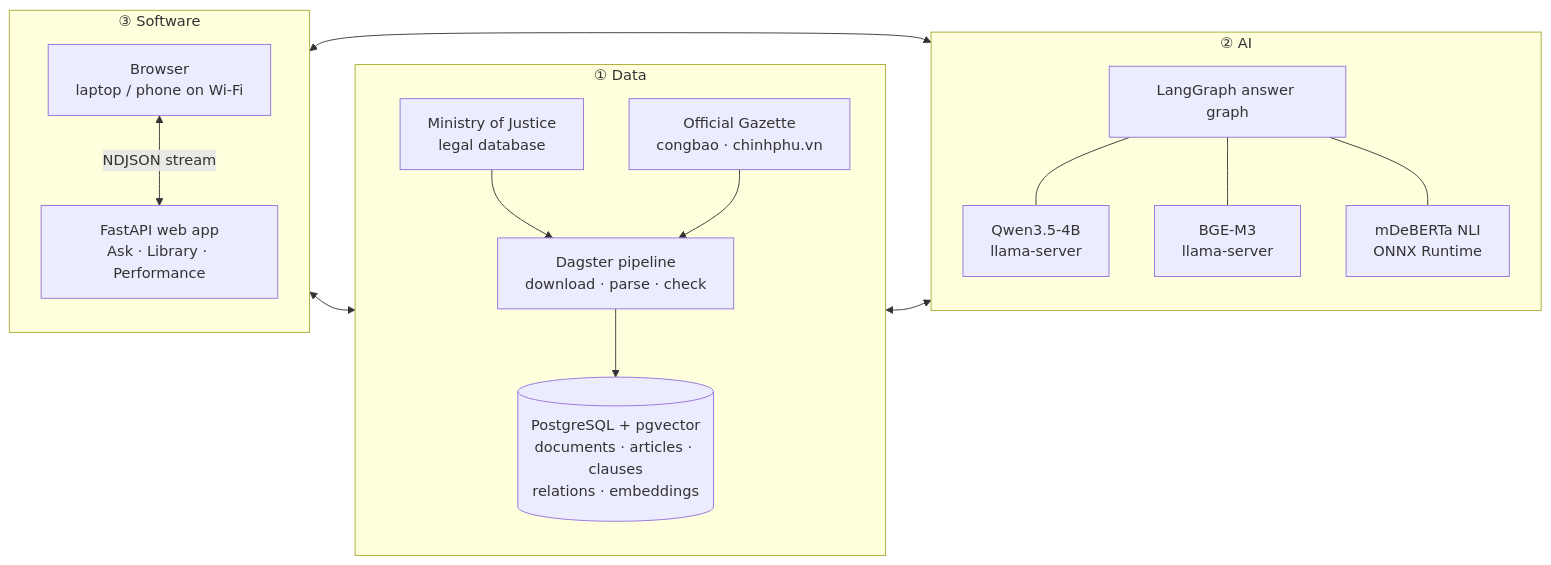
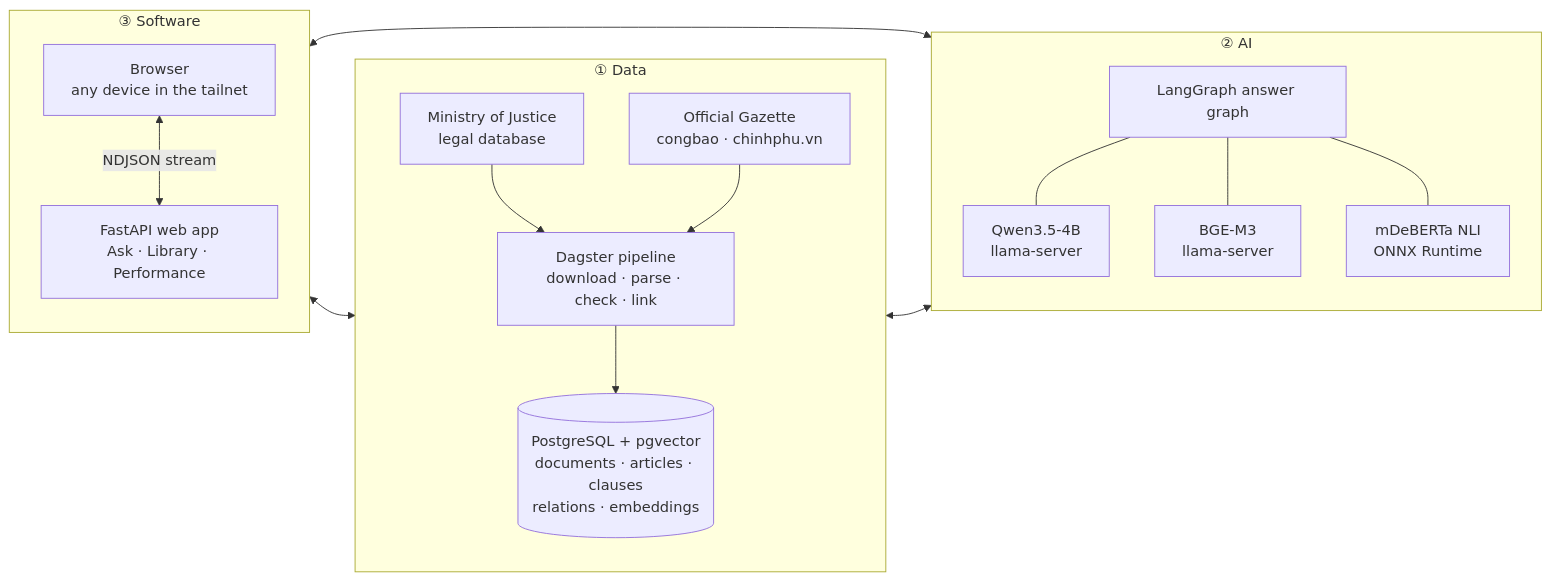
One commit to Shicukoe/TaxAssistant changed the first of 5 diagrams in README.md. Above: the diagram before and after it, drawn with Mermaid. The commit also changed other lines of this file and 49 other files, not shown here.

````diff
--- a/README.md
+++ b/README.md
@@ -46,31 +67,31 @@
 ```mermaid
 flowchart LR
     subgraph DATA["① Data"]
         direction TB
-        S1["Ministry of Justice<br/>legal database"] --> P["Dagster pipeline<br/>download · parse · check"]
+        S1["Ministry of Justice<br/>legal database"] --> P["Dagster pipeline<br/>download · parse · check · link"]
         S2["Official Gazette<br/>congbao · chinhphu.vn"] --> P
         P --> DB[("PostgreSQL + pgvector<br/>documents · articles · clauses<br/>relations · embeddings")]
     end
 
     subgraph AI["② AI"]
         direction TB
         G["LangGraph answer graph"]
         LLM["Qwen3.5-4B<br/>llama-server"]
         EMB["BGE-M3<br/>llama-server"]
         NLI["mDeBERTa NLI<br/>ONNX Runtime"]
         G --- LLM
         G --- EMB
         G --- NLI
     end
 
     subgraph SW["③ Software"]
         direction TB
         WEB["FastAPI web app<br/>Ask · Library · Performance"]
-        UI["Browser<br/>laptop / phone on Wi-Fi"]
+        UI["Browser<br/>any device in the tailnet"]
         UI <-->|"NDJSON stream"| WEB
     end
 
     DB <--> G
     WEB <--> G
     WEB <--> DB
 ```
````
